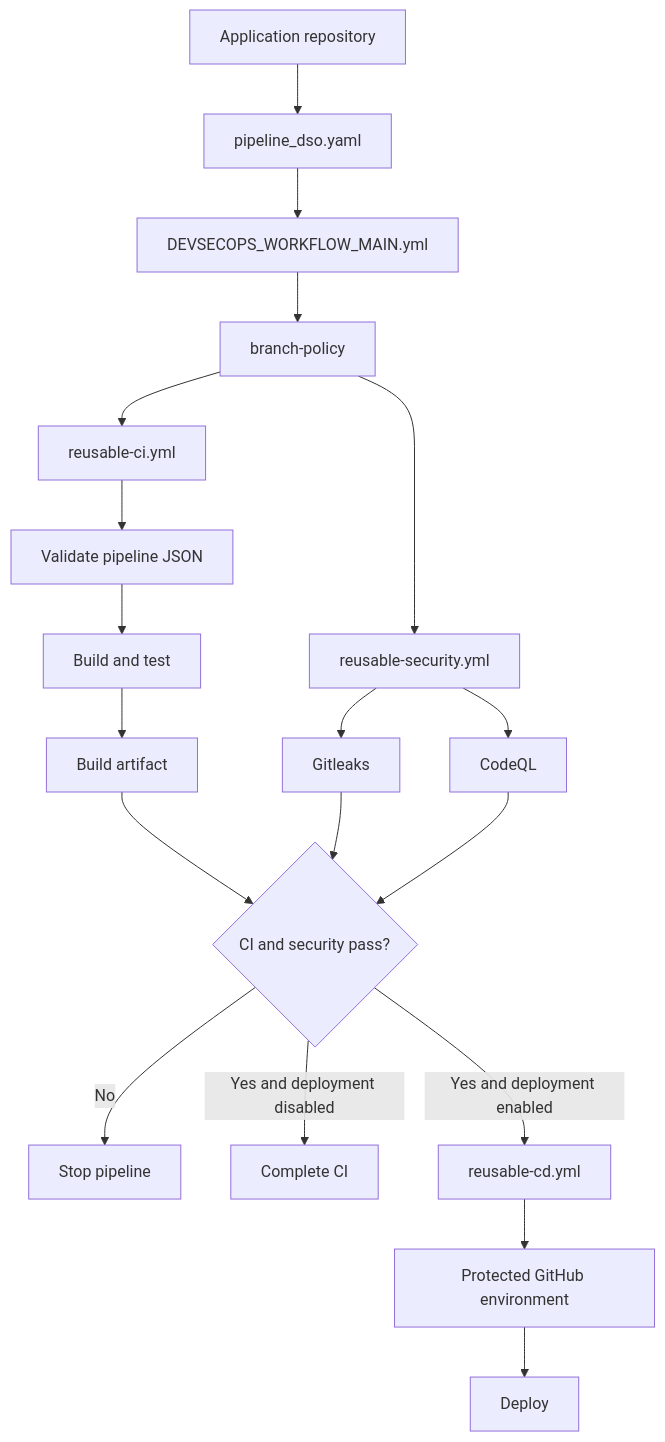
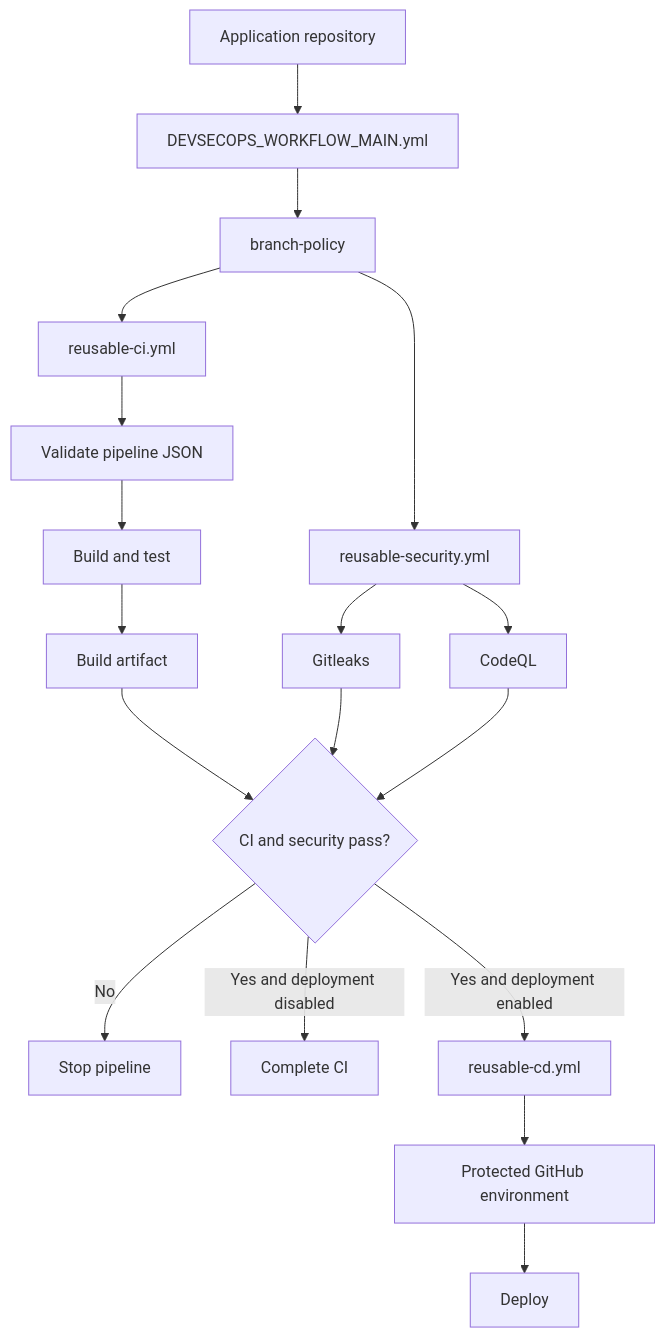
The first of 2 diagrams in GUIDES/PIPELINE_OVERVIEW.md (khairulrezz4/my-devsecops-project), drawn with Mermaid before and after one commit. The commit also changed other lines of this file and 3 other files, not shown here.

First line of the commit message:
Use one main pipeline workflow

````diff
--- a/GUIDES/PIPELINE_OVERVIEW.md
+++ b/GUIDES/PIPELINE_OVERVIEW.md
@@ -11,21 +11,20 @@
 ```mermaid
 flowchart TD
-    APP[Application repository] --> CALLER[pipeline_dso.yaml]
-    CALLER --> MAIN[DEVSECOPS_WORKFLOW_MAIN.yml]
+    APP[Application repository] --> MAIN[DEVSECOPS_WORKFLOW_MAIN.yml]
     MAIN --> POLICY[branch-policy]
     POLICY --> CI[reusable-ci.yml]
     POLICY --> SEC[reusable-security.yml]
     CI --> CONFIG[Validate pipeline JSON]
     CONFIG --> BUILD[Build and test]
     BUILD --> ARTIFACT[Build artifact]
     SEC --> GITLEAKS[Gitleaks]
     SEC --> CODEQL[CodeQL]
     ARTIFACT --> GATE{CI and security pass?}
     GITLEAKS --> GATE
     CODEQL --> GATE
     GATE -->|No| BLOCK[Stop pipeline]
     GATE -->|Yes and deployment disabled| COMPLETE[Complete CI]
     GATE -->|Yes and deployment enabled| CD[reusable-cd.yml]
     CD --> ENV[Protected GitHub environment]
     ENV --> DEPLOY[Deploy]
 ```
````
